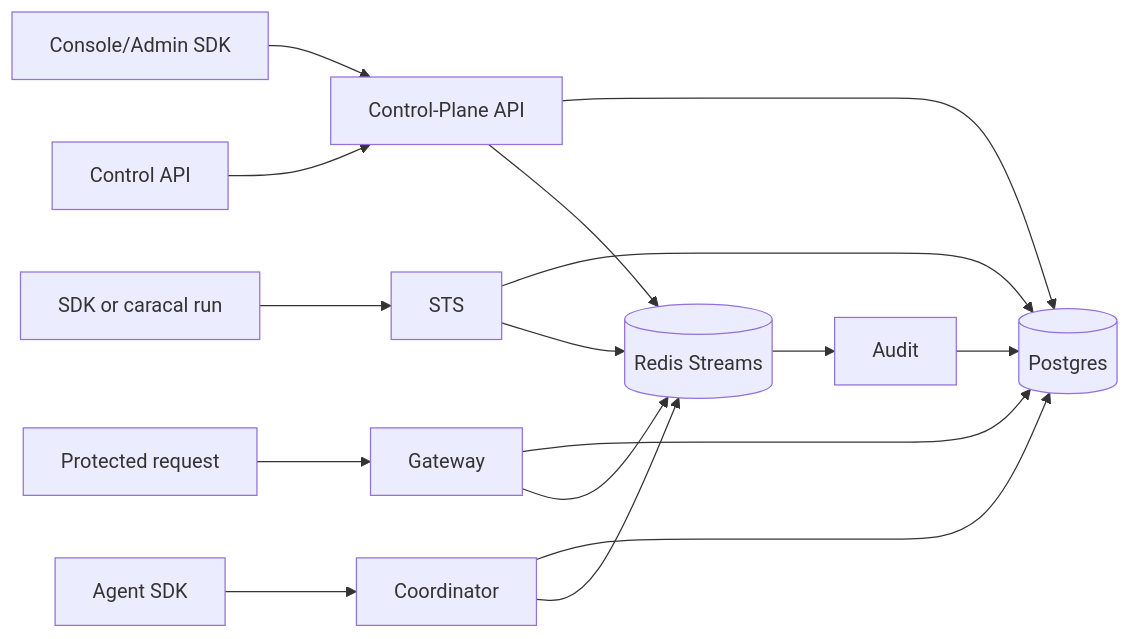
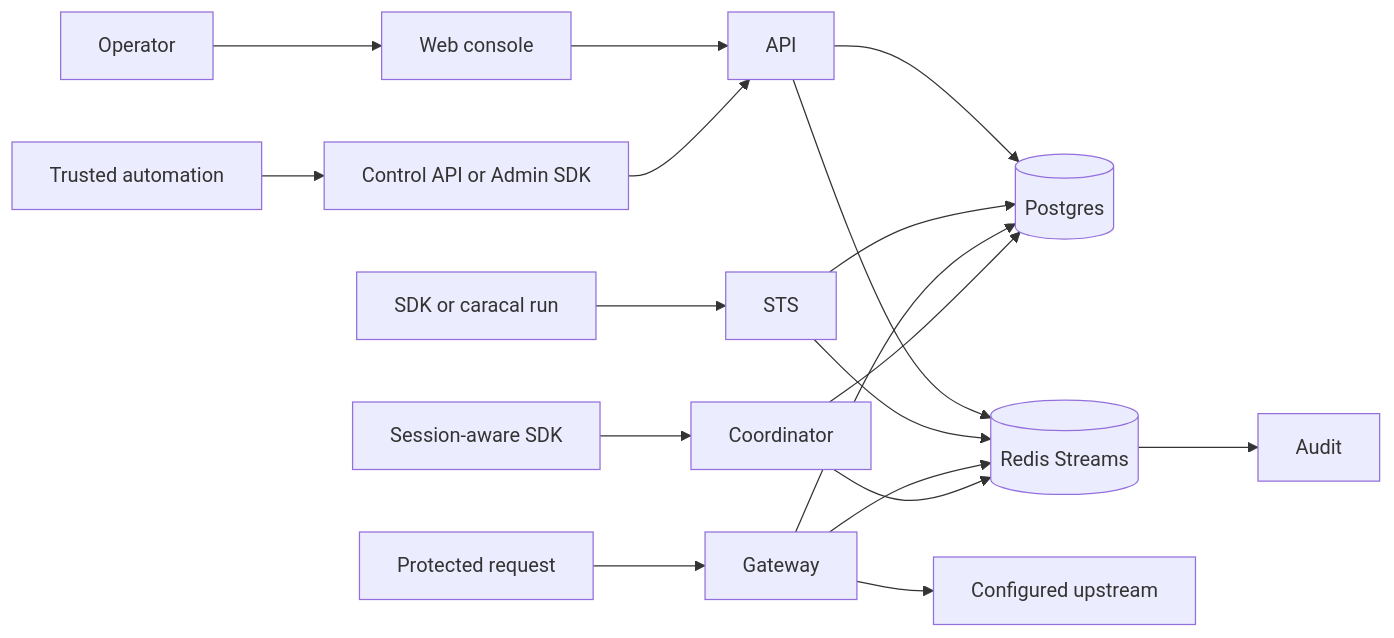
Before and after one commit to Garudex-Labs/caracal: the diagram in docs/src/content/docs/architecture/index.mdx, drawn with Mermaid. The commit also changed other lines of this file and 4 other files, not shown here.

````diff
--- a/docs/src/content/docs/architecture/index.mdx
+++ b/docs/src/content/docs/architecture/index.mdx
@@ -11,18 +23,14 @@
 ```mermaid
 flowchart LR
-  Console[Console/Admin SDK] --> API[Control-Plane API]
+  Human[Operator] --> Console[Web console]
+  Automation[Trusted automation] --> Control[Control API or Admin SDK]
+  Console --> API[API]
+  Control --> API
   Workload[SDK or caracal run] --> STS[STS]
-  Client[Protected request] --> Gateway[Gateway]
-  Agent[Agent SDK] --> Coordinator[Coordinator]
-  API --> Postgres[(Postgres)]
-  STS --> Postgres
-  Gateway --> Postgres
-  Coordinator --> Postgres
-  API --> Redis[(Redis Streams)]
-  STS --> Redis
-  Gateway --> Redis
-  Coordinator --> Redis
+  Caller[Protected request] --> Gateway[Gateway]
+  SDK[Session-aware SDK] --> Coordinator[Coordinator]
+  API & STS & Gateway & Coordinator --> PG[(Postgres)]
+  API & STS & Gateway & Coordinator --> Redis[(Redis Streams)]
   Redis --> Audit[Audit]
-  Audit --> Postgres
-  Control[Control API] --> API
+  Gateway --> Upstream[Configured upstream]
 ```
````
